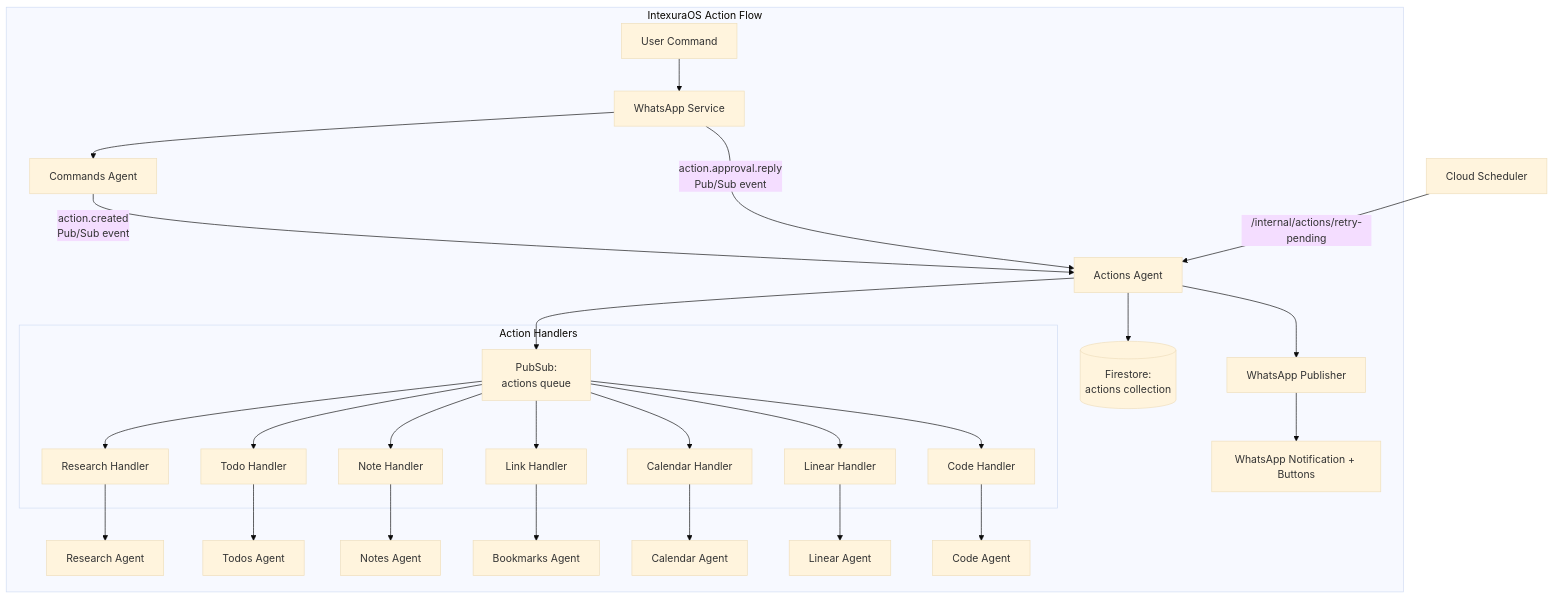
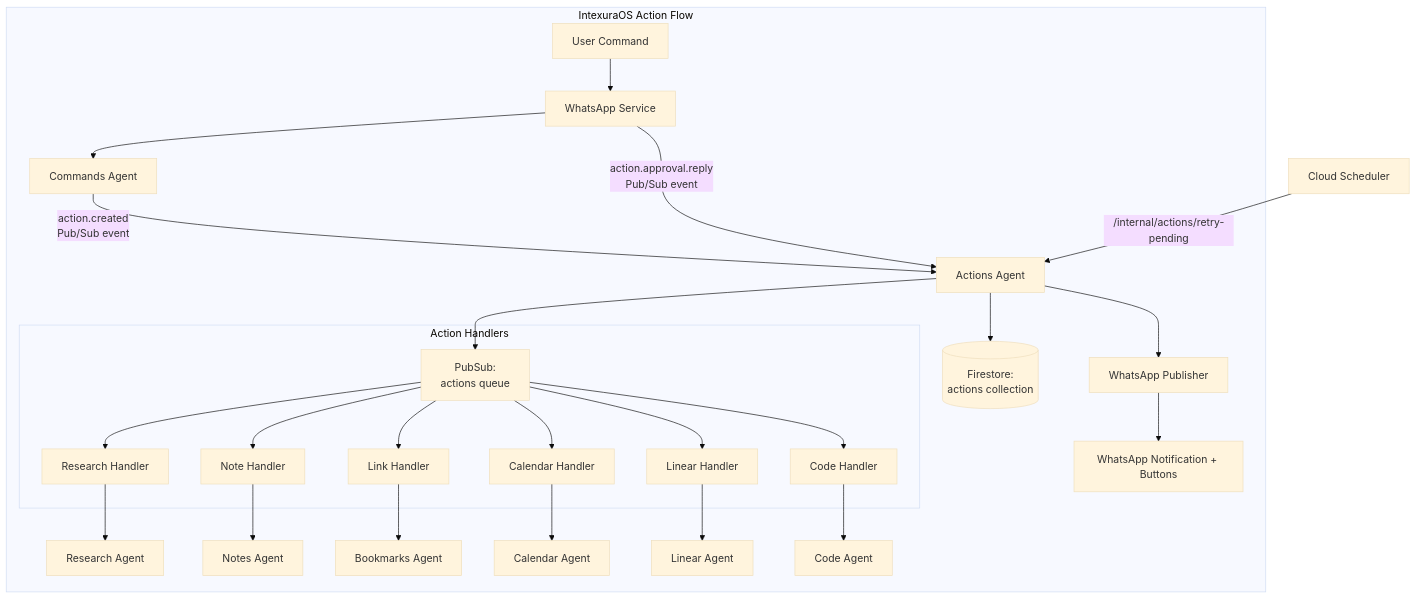
The first of 4 diagrams in docs/services/actions-agent/technical.md (pbuchman/intexuraos), drawn with Mermaid (base theme) before and after one commit. The commit also changed other lines of this file and 463 other files, not shown here.

````diff
--- a/docs/services/actions-agent/technical.md
+++ b/docs/services/actions-agent/technical.md
@@ -9,36 +9,34 @@
 ```mermaid
 graph TB
     subgraph "IntexuraOS Action Flow"
         User[User Command] --> WA[WhatsApp Service]
         WA --> CA[Commands Agent]
         CA -->|"action.created<br/>Pub/Sub event"| AA[Actions Agent]
 
         AA --> Firestore[(Firestore:<br/>actions collection)]
         AA --> PubSub[PubSub:<br/>actions queue]
 
         subgraph "Action Handlers"
             PubSub --> RH[Research Handler]
-            PubSub --> TH[Todo Handler]
             PubSub --> NH[Note Handler]
             PubSub --> LH[Link Handler]
             PubSub --> CH[Calendar Handler]
             PubSub --> LIH[Linear Handler]
             PubSub --> COH[Code Handler]
         end
 
         RH --> RA[Research Agent]
-        TH --> TA[Todos Agent]
         NH --> NA[Notes Agent]
         LH --> BA[Bookmarks Agent]
         CH --> CAL[Calendar Agent]
         LIH --> LA[Linear Agent]
         COH --> COA[Code Agent]
 
         AA --> WAP[WhatsApp Publisher]
         WAP --> WUser[WhatsApp Notification + Buttons]
 
         WA -->|"action.approval.reply<br/>Pub/Sub event"| AA
     end
 
     Scheduler[Cloud Scheduler] -->|"/internal/actions/retry-pending"| AA
 ```
````
